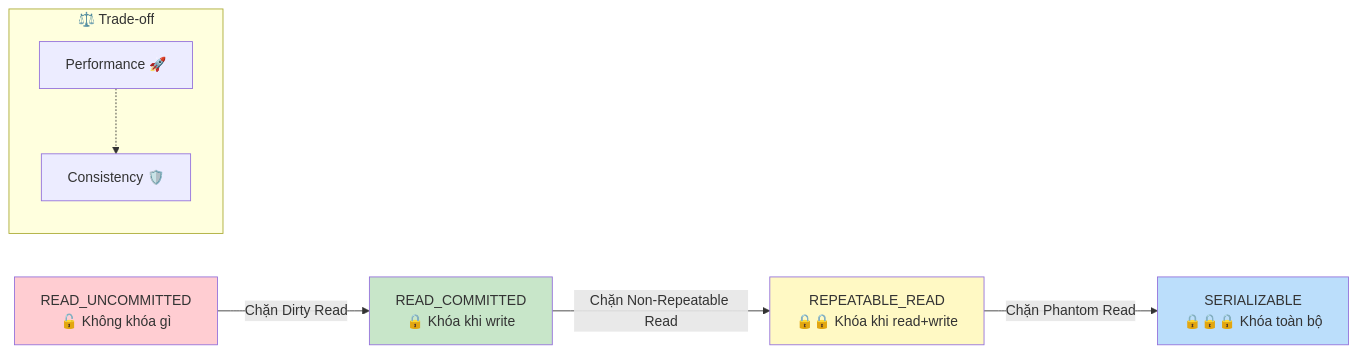
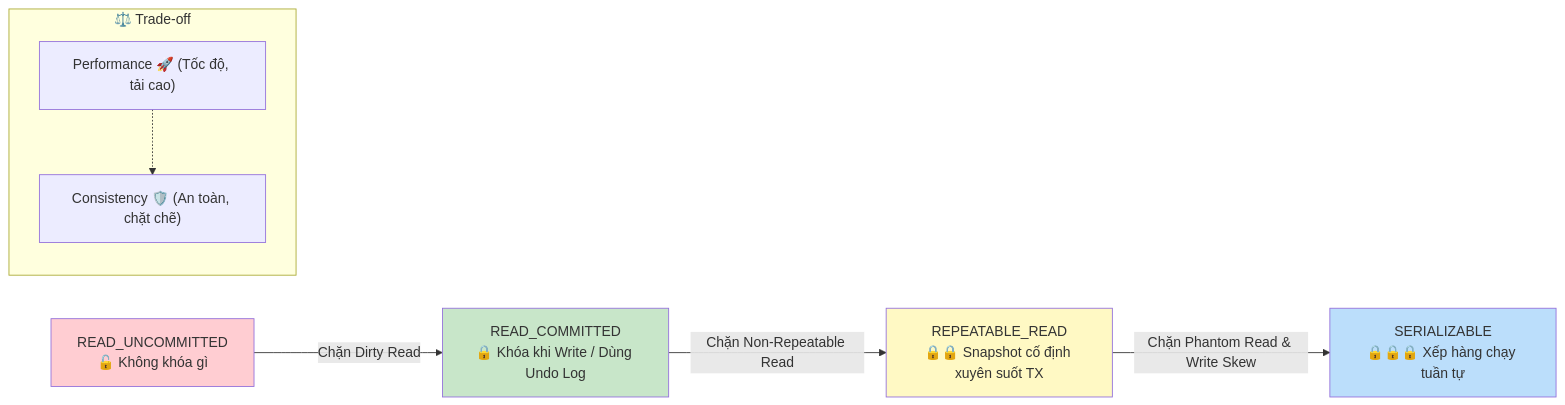
Before and after one commit to anhtudayne/JAVA: diagram 12 of 20 in Note/Lesson12/bai-12-transaction-management.md, drawn with Mermaid. The commit also changed other lines of this file, not shown here.

````diff
--- a/Note/Lesson12/bai-12-transaction-management.md
+++ b/Note/Lesson12/bai-12-transaction-management.md
@@ -1008,20 +1013,20 @@
 ```mermaid
 graph LR
     RU["READ_UNCOMMITTED<br/>🔓 Không khóa gì"]
-    RC["READ_COMMITTED<br/>🔒 Khóa khi write"]
-    RR["REPEATABLE_READ<br/>🔒🔒 Khóa khi read+write"]
-    S["SERIALIZABLE<br/>🔒🔒🔒 Khóa toàn bộ"]
+    RC["READ_COMMITTED<br/>🔒 Khóa khi Write / Dùng Undo Log"]
+    RR["REPEATABLE_READ<br/>🔒🔒 Snapshot cố định xuyên suốt TX"]
+    S["SERIALIZABLE<br/>🔒🔒🔒 Xếp hàng chạy tuần tự"]
 
     RU -->|"Chặn Dirty Read"| RC
     RC -->|"Chặn Non-Repeatable Read"| RR
-    RR -->|"Chặn Phantom Read"| S
+    RR -->|"Chặn Phantom Read & Write Skew"| S
 
     subgraph tradeoff["⚖️ Trade-off"]
-        P["Performance 🚀"] -.-> C["Consistency 🛡️"]
+        P["Performance 🚀 (Tốc độ, tải cao)"] -.-> C["Consistency 🛡️ (An toàn, chặt chẽ)"]
     end
 
     style RU fill:#ffcdd2
     style RC fill:#c8e6c9
     style RR fill:#fff9c4
     style S fill:#bbdefb
 ```
````
